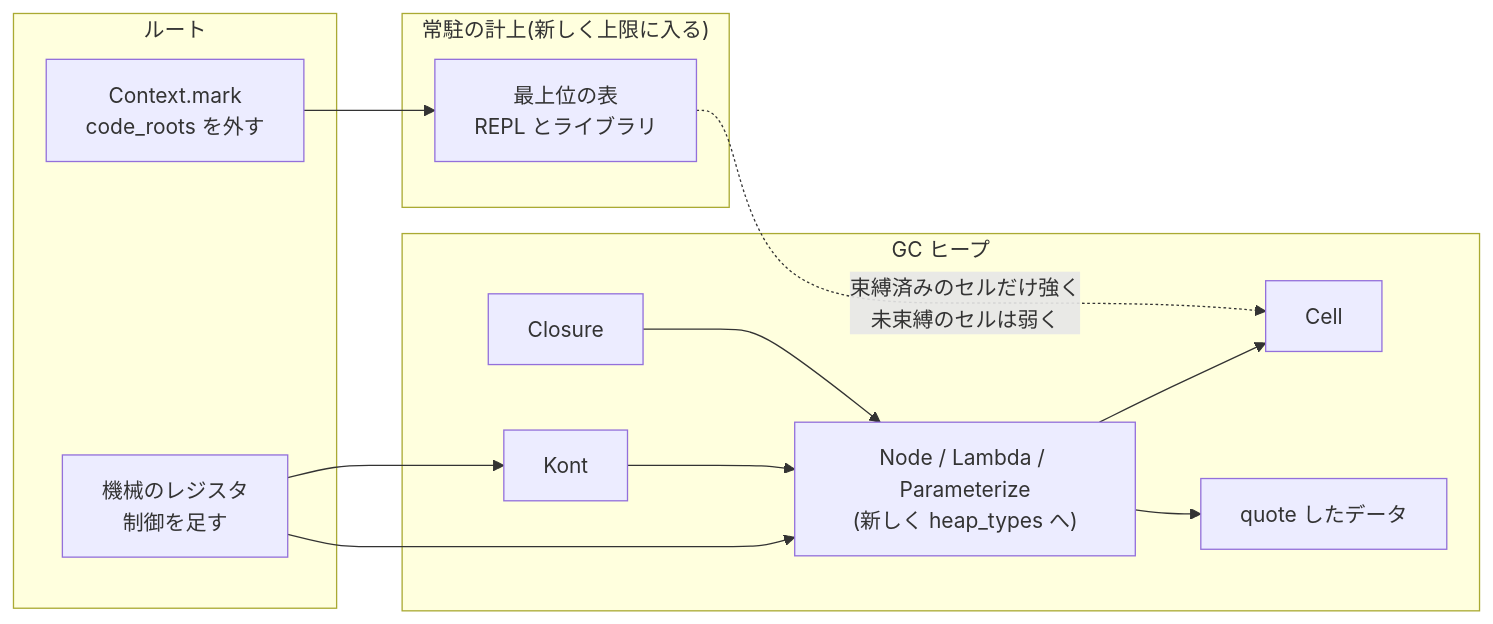
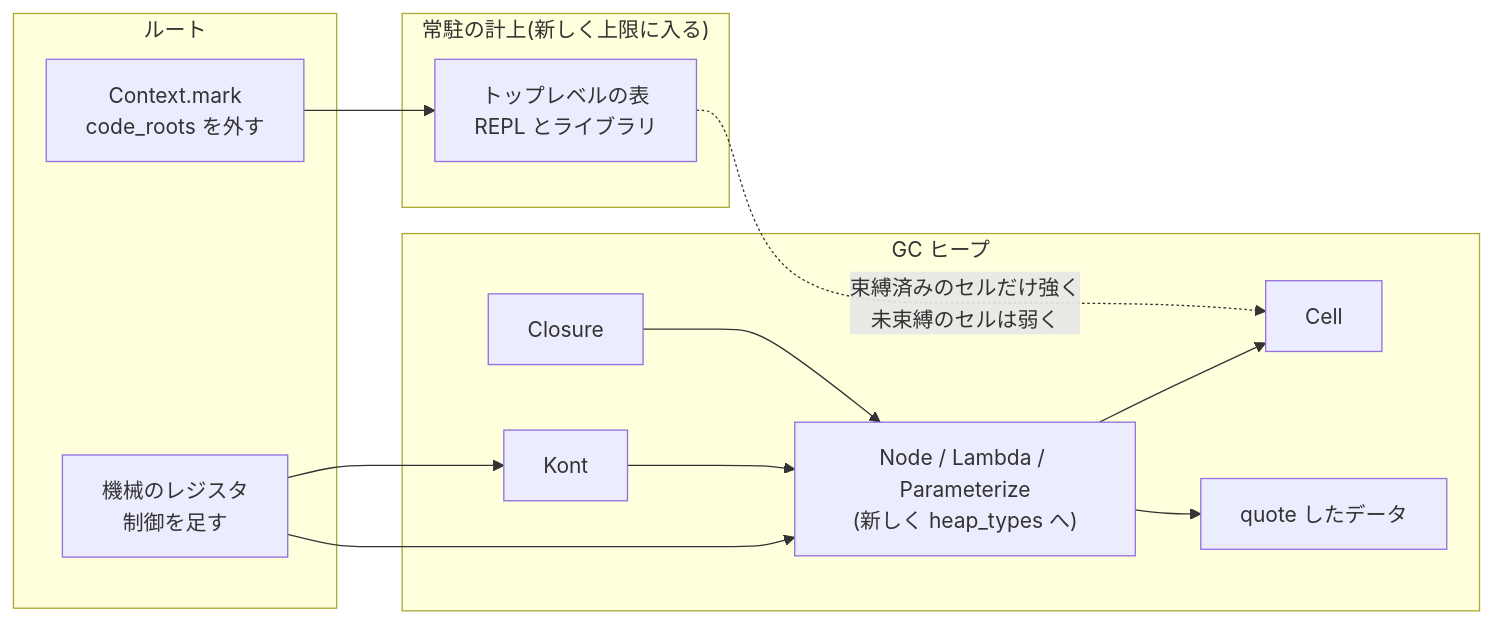
One commit to suchi/sucheme-zig changed the first of 2 diagrams in docs/plans/0023-slice-3o-ir-to-gc-heap.md. Above: the diagram before and after it, drawn with Mermaid. The commit also changed other lines of this file and 40 other files, not shown here.

````diff
--- a/docs/plans/0023-slice-3o-ir-to-gc-heap.md
+++ b/docs/plans/0023-slice-3o-ir-to-gc-heap.md
@@ -108,25 +108,25 @@
 ```mermaid
 flowchart LR
     subgraph roots["ルート"]
         regs["機械のレジスタ<br/>制御を足す"]
         ctx["Context.mark<br/>code_roots を外す"]
     end
     subgraph heap["GC ヒープ"]
         node["Node / Lambda / Parameterize<br/>(新しく heap_types へ)"]
         clo["Closure"]
         kont["Kont"]
         cell["Cell"]
         datum["quote したデータ"]
     end
     subgraph resident["常駐の計上(新しく上限に入る)"]
-        tables["最上位の表<br/>REPL とライブラリ"]
+        tables["トップレベルの表<br/>REPL とライブラリ"]
     end
     regs --> node
     regs --> kont
     kont --> node
     clo --> node
     node --> cell
     node --> datum
     ctx --> tables
     tables -.->|"束縛済みのセルだけ強く<br/>未束縛のセルは弱く"| cell
 ```
````
